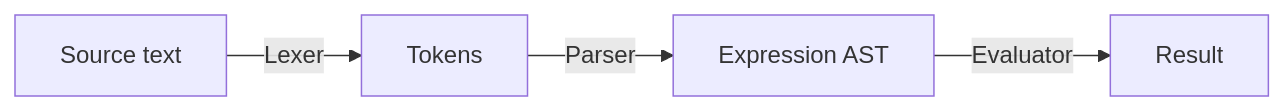
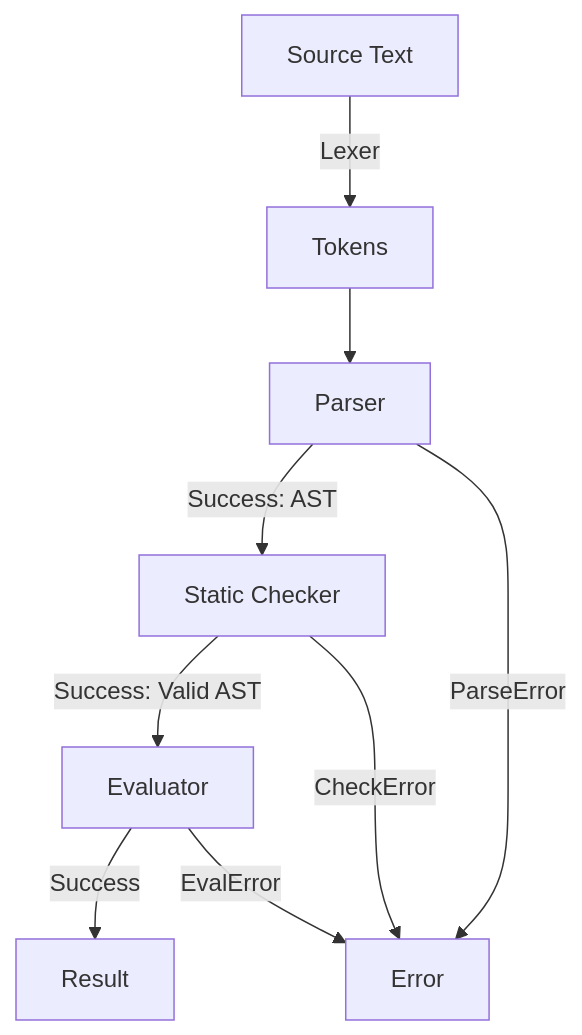
Before and after one commit to shsiddhant/gotiny: the diagram in README.md, drawn with Mermaid. The commit also changed other lines of this file and 11 other files, not shown here.

````diff
--- a/README.md
+++ b/README.md
@@ -81,6 +132,15 @@
 ```mermaid
-flowchart LR
-    A[Source text] -->|Lexer| B[Tokens]
-    B -->|Parser| C[Expression AST]
-    C -->|Evaluator| D[Result]
+flowchart TD
+    Src[Source Text] -->|Lexer| Tokens[Tokens]
+    Tokens --> Parser[Parser]
+
+    Parser -->|Success: AST| Checker[Static Checker]
+    Parser -->|ParseError| Error[Error]
+
+    Checker -->|Success: Valid AST| Eval[Evaluator]
+    Checker -->|CheckError| Error
+
+    Eval -->|Success| Result[Result]
+    Eval -->|EvalError| Error
+
 ```
````
